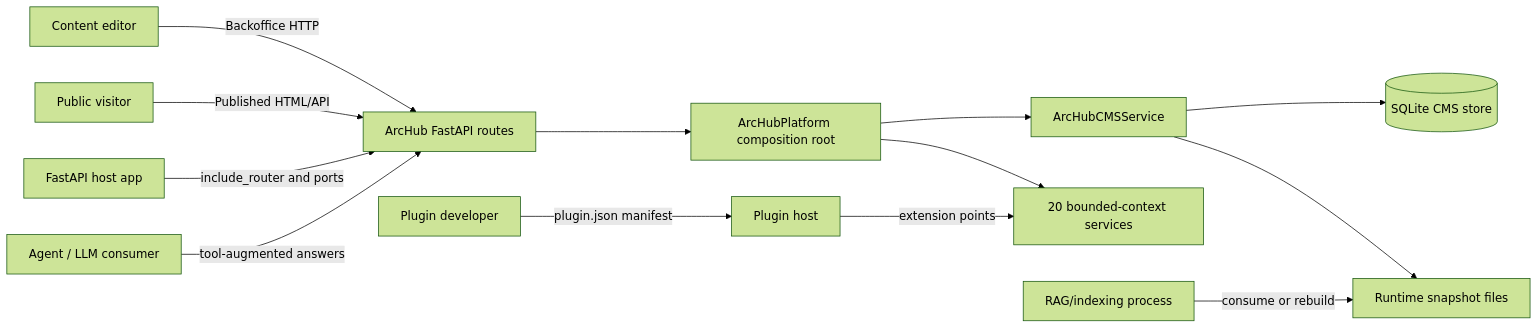
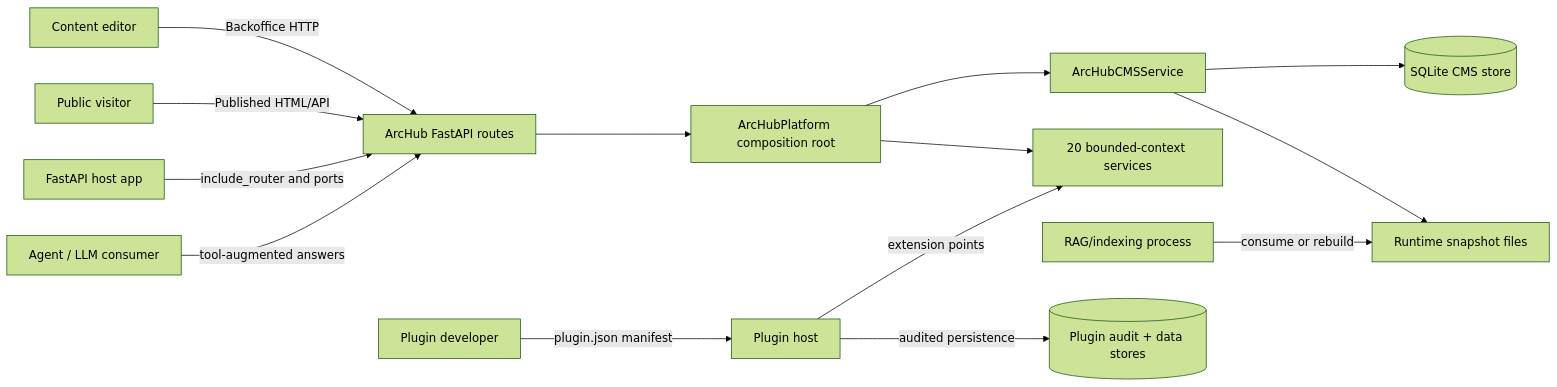
One commit to kotenev/archub_cms changed the first of 4 diagrams in docs/architecture.md. Above: the diagram before and after it, drawn with Mermaid (forest theme). The commit also changed other lines of this file and 21 other files, not shown here.

````diff
--- a/docs/architecture.md
+++ b/docs/architecture.md
@@ -15,15 +15,16 @@
 ```mermaid
 flowchart LR
     editor[Content editor] -->|Backoffice HTTP| routes[ArcHub FastAPI routes]
     visitor[Public visitor] -->|Published HTML/API| routes
     host[FastAPI host app] -->|include_router and ports| routes
     plugin_dev[Plugin developer] -->|plugin.json manifest| plugins[Plugin host]
     routes --> platform[ArcHubPlatform composition root]
     platform --> cms[ArcHubCMSService]
     platform --> contexts[20 bounded-context services]
     cms --> sqlite[(SQLite CMS store)]
     cms --> runtime[Runtime snapshot files]
     rag[RAG/indexing process] -->|consume or rebuild| runtime
     plugins -->|extension points| contexts
+    plugins -->|audited persistence| plugin_audit[(Plugin audit + data stores)]
     agent[Agent / LLM consumer] -->|tool-augmented answers| routes
 ```
````
